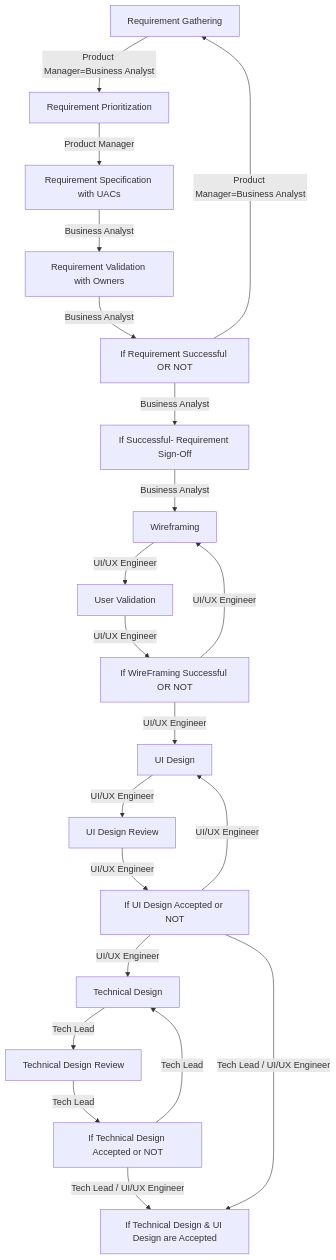
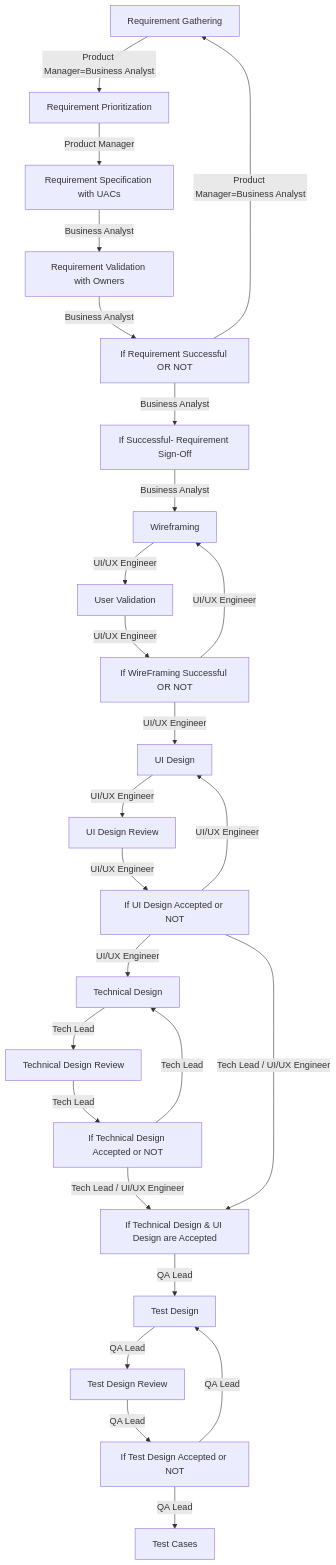
Before and after one commit to utpal-maiti/utpal-maiti: the second of 2 diagrams in InterviewQuestionsAnswers/SDLC/README.md, drawn with Mermaid.

````diff
--- a/InterviewQuestionsAnswers/SDLC/README.md
+++ b/InterviewQuestionsAnswers/SDLC/README.md
@@ -23,31 +23,39 @@
 ```mermaid
 flowchart TD
     1[Requirement Gathering] -->|   Product Manager=Business Analyst     | 2[Requirement Prioritization]
     2[Requirement Prioritization] -->|  Product Manager   | 3[Requirement Specification with UACs]
     3[Requirement Specification with UACs] -->| Business Analyst | 4[Requirement Validation with Owners]
     4[Requirement Validation with Owners] -->| Business Analyst | 5[If Requirement Successful OR NOT]
     5[If Requirement Successful OR NOT] -->|  Product Manager=Business Analyst          | 1[Requirement Gathering]
     5[If Requirement Successful OR NOT] -->|   Business Analyst          | 6[If Successful- Requirement Sign-Off]
     6[If Successful- Requirement Sign-Off] -->|   Business Analyst          | 7[Wireframing]
 
     7[Wireframing] -->|   UI/UX Engineer          | 8[User Validation]
     8[User Validation] -->|   UI/UX Engineer          | 9[If WireFraming Successful OR NOT]
     9[If WireFraming Successful OR NOT]  -->|   UI/UX Engineer          | 7[Wireframing]
     9[If WireFraming Successful OR NOT] -->|   UI/UX Engineer          | 10[UI Design]
 
     10[UI Design] -->|   UI/UX Engineer          | 11[UI Design Review]
     11 -->|   UI/UX Engineer          | 12[If UI Design Accepted or NOT]
     12 -->|   UI/UX Engineer          | 10[UI Design]
     12 -->|   UI/UX Engineer          | 13[Technical Design]
 
     13 -->|   Tech Lead          | 14[Technical Design Review]
     14 -->|   Tech Lead          | 15[If Technical Design Accepted or NOT]
     15 -->|   Tech Lead          | 13[Technical Design]
 
     15 -->|   Tech Lead / UI/UX Engineer          | 16[If Technical Design & UI Design are Accepted]
     12 -->|   Tech Lead / UI/UX Engineer          | 16[If Technical Design & UI Design are Accepted]
 
+    16 -->|   QA Lead          | 17[Test Design]
+    17 -->|   QA Lead          | 18[Test Design Review]
+    18 -->|   QA Lead          | 19[If Test Design Accepted or NOT]
+    19 -->|   QA Lead          | 17[Test Design]
+    19 -->|   QA Lead          | 20[Test Cases]
+
+
+
 
 
 
 ```
````
